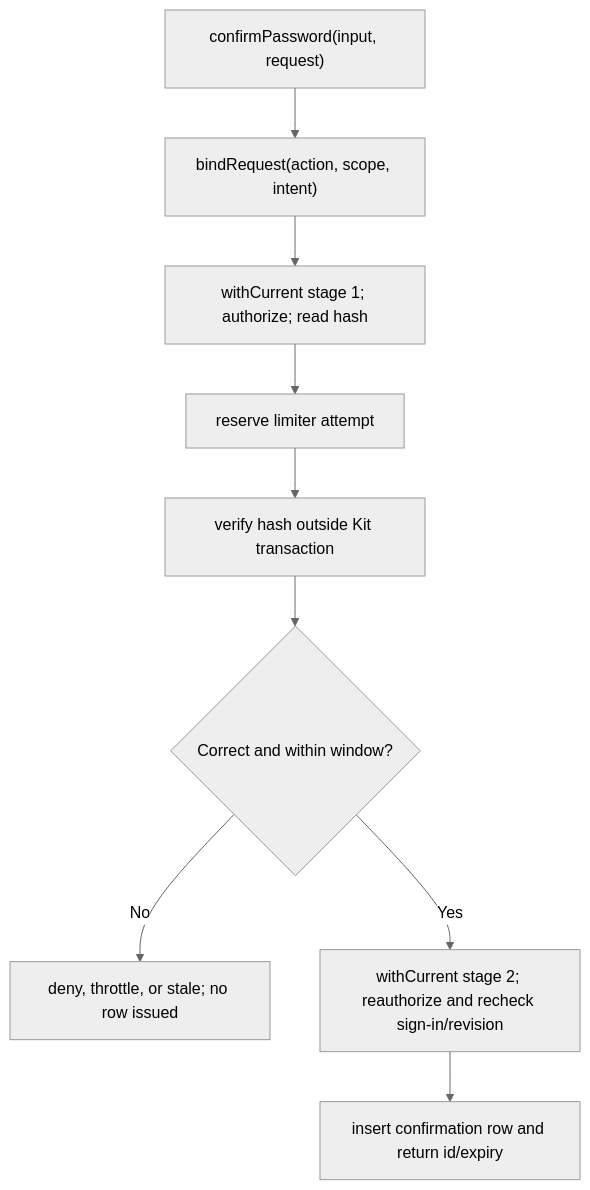
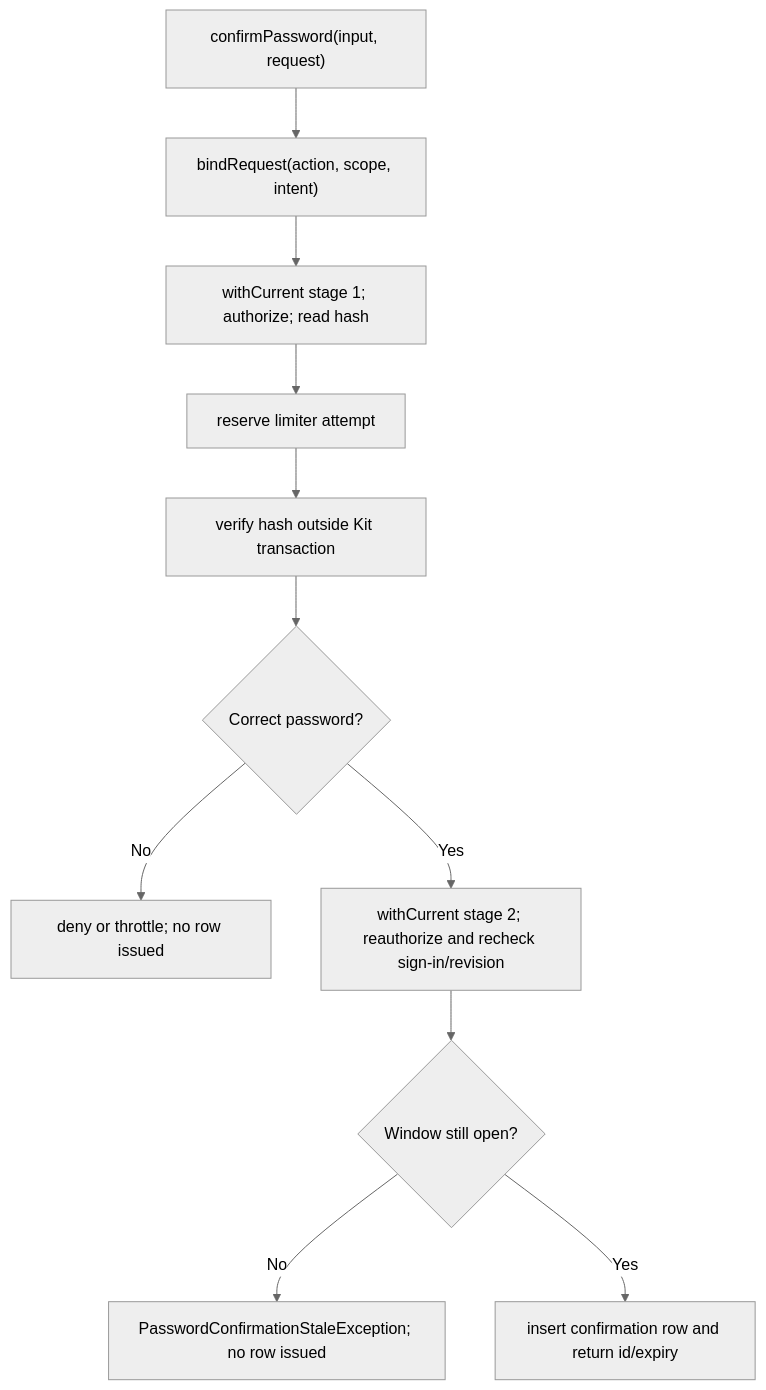
The second of 2 diagrams in user-stories/US-CONFIRM-01-issue-confirmation.md (Kevinjohn/oss-adonisjs-confirm-action-with-password), drawn with Mermaid (neutral theme) before and after one commit. The commit also changed other lines of this file, not shown here.

Commit message:
Align confirmation flow with locked expiry validation

````diff
--- a/user-stories/US-CONFIRM-01-issue-confirmation.md
+++ b/user-stories/US-CONFIRM-01-issue-confirmation.md
@@ -36,11 +36,13 @@
 ```mermaid
 flowchart TD
     A["confirmPassword(input, request)"] --> B["bindRequest(action, scope, intent)"]
     B --> C["withCurrent stage 1; authorize; read hash"]
     C --> D["reserve limiter attempt"]
     D --> E["verify hash outside Kit transaction"]
-    E --> F{"Correct and within window?"}
-    F -->|No| G["deny, throttle, or stale; no row issued"]
+    E --> F{"Correct password?"}
+    F -->|No| G["deny or throttle; no row issued"]
     F -->|Yes| H["withCurrent stage 2; reauthorize and recheck sign-in/revision"]
-    H --> I["insert confirmation row and return id/expiry"]
+    H --> I{"Window still open?"}
+    I -->|No| J["PasswordConfirmationStaleException; no row issued"]
+    I -->|Yes| K["insert confirmation row and return id/expiry"]
 ```
````
